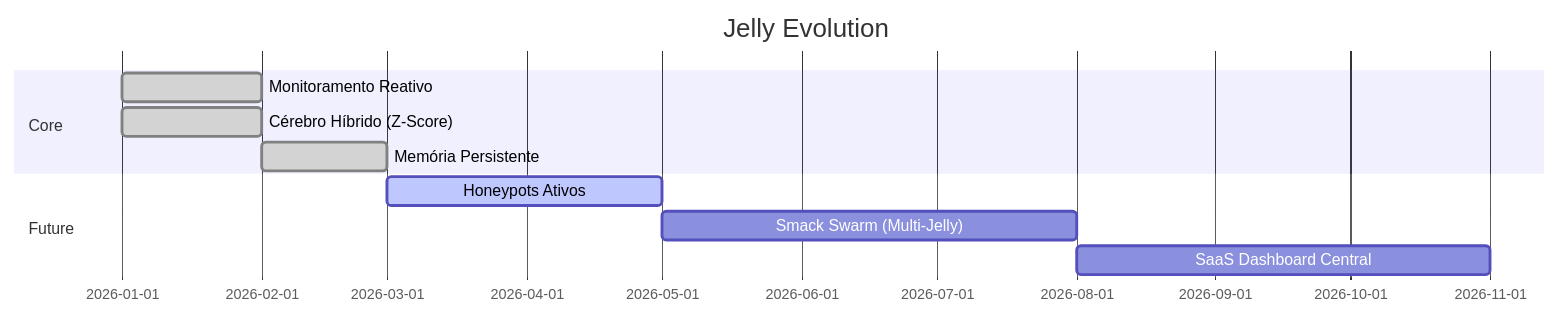
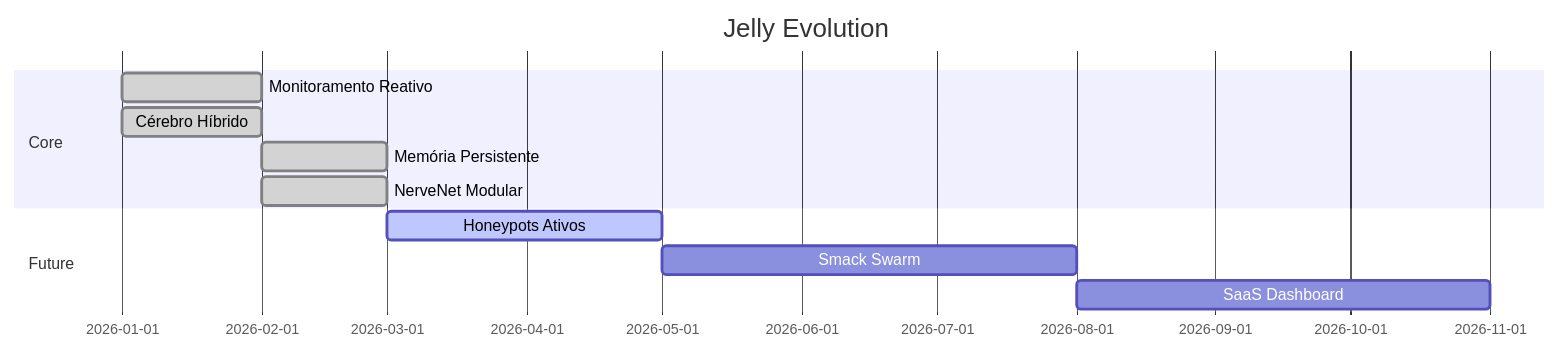
The fourth of 4 diagrams in ARCHITECTURE.md (codeZ-coder/JellyV6), drawn with Mermaid before and after one commit. The commit also changed other lines of this file and 13 other files, not shown here.

````diff
--- a/ARCHITECTURE.md
+++ b/ARCHITECTURE.md
@@ -141,13 +175,14 @@
 ```mermaid
 gantt
     title Jelly Evolution
     dateFormat  YYYY-MM
     section Core
     Monitoramento Reativo     :done, 2026-01, 1M
-    Cérebro Híbrido (Z-Score) :done, 2026-01, 1M
+    Cérebro Híbrido           :done, 2026-01, 1M
     Memória Persistente       :done, 2026-02, 1M
+    NerveNet Modular          :done, 2026-02, 1M
     section Future
     Honeypots Ativos          :active, 2026-03, 2M
-    Smack Swarm (Multi-Jelly) :2026-05, 3M
-    SaaS Dashboard Central    :2026-08, 3M
+    Smack Swarm               :2026-05, 3M
+    SaaS Dashboard            :2026-08, 3M
 ```
````
